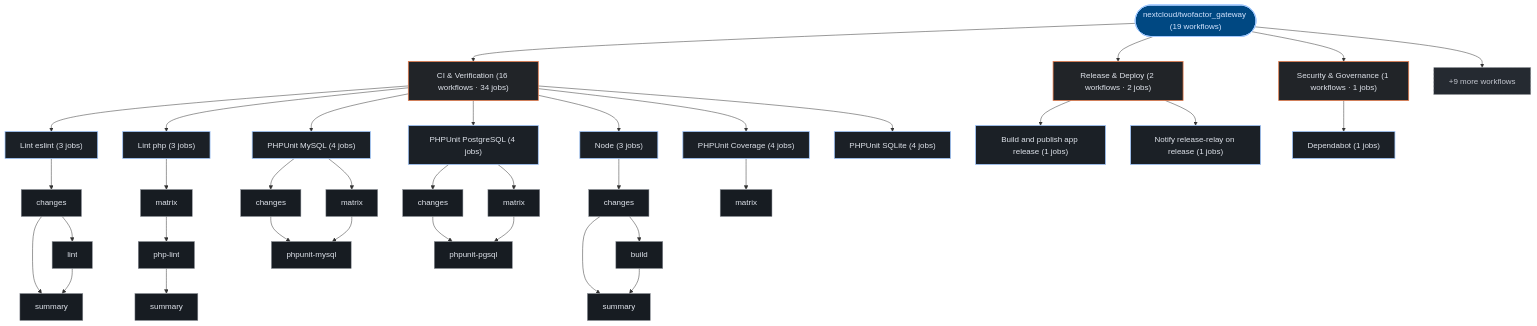
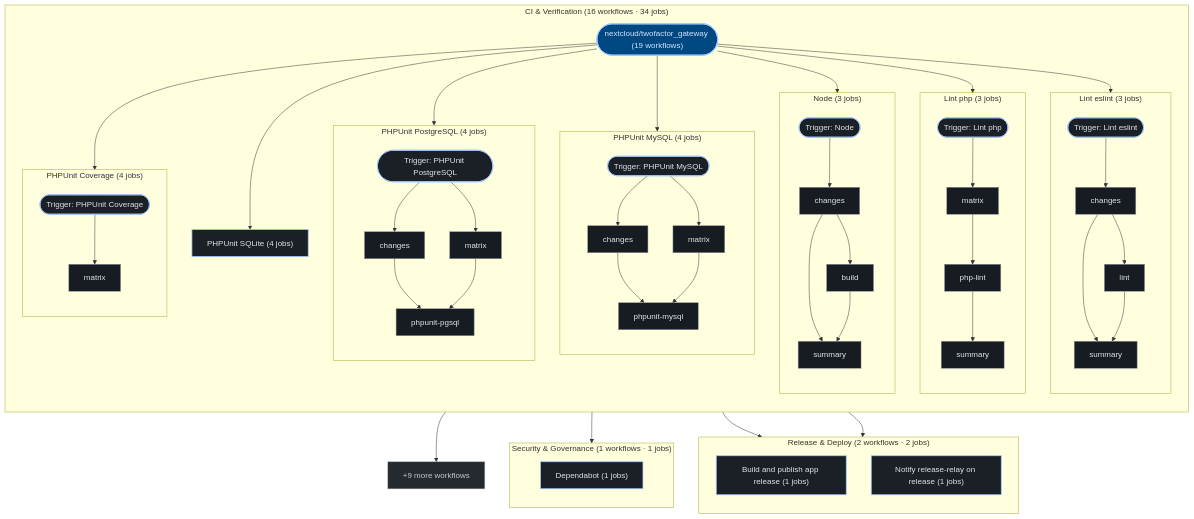
One commit to kumarshaz/atruss-code-atlas changed the second of 2 diagrams in exports/latest/reports/nextcloud-twofactor_gateway-report.md. Above: the diagram before and after it, drawn with Mermaid. The commit also changed 181 other files, not shown here.

````diff
--- a/exports/latest/reports/nextcloud-twofactor_gateway-report.md
+++ b/exports/latest/reports/nextcloud-twofactor_gateway-report.md
@@ -211,68 +211,89 @@
   classDef atlasAlert fill:#93000a,stroke:#ffb4ab,stroke-width:1.5px,color:#ffdad6
   classDef atlasMore fill:#252a31,stroke:#8d9199,stroke-dasharray:4 4,color:#c3c6cf
   pipeline_root(["nextcloud/twofactor_gateway (19 workflows)"]):::atlasRoot
-  grp_0_CI___Verification["CI & Verification (16 workflows · 34 jobs)"]:::atlasCategory
-  pipeline_root --> grp_0_CI___Verification
-  wf_3_Lint_eslint["Lint eslint (3 jobs)"]:::atlasWorkflow
-  grp_0_CI___Verification --> wf_3_Lint_eslint
-  job_3_changes["changes"]:::atlasJob
-  job_3_lint["lint"]:::atlasJob
-  job_3_summary["summary"]:::atlasJob
-  wf_3_Lint_eslint --> job_3_changes
-  job_3_changes --> job_3_lint
-  job_3_changes --> job_3_summary
-  job_3_lint --> job_3_summary
-  wf_6_Lint_php["Lint php (3 jobs)"]:::atlasWorkflow
-  grp_0_CI___Verification --> wf_6_Lint_php
-  job_6_matrix["matrix"]:::atlasJob
-  job_6_php_lint["php-lint"]:::atlasJob
-  job_6_summary["summary"]:::atlasJob
-  wf_6_Lint_php --> job_6_matrix
-  job_6_matrix --> job_6_php_lint
-  job_6_php_lint --> job_6_summary
-  wf_8_Node["Node (3 jobs)"]:::atlasWorkflow
-  grp_0_CI___Verification --> wf_8_Node
-  job_8_changes["changes"]:::atlasJob
-  job_8_build["build"]:::atlasJob
-  job_8_summary["summary"]:::atlasJob
-  wf_8_Node --> job_8_changes
-  job_8_changes --> job_8_build
-  job_8_changes --> job_8_summary
-  job_8_build --> job_8_summary
-  wf_12_PHPUnit_MySQL["PHPUnit MySQL (4 jobs)"]:::atlasWorkflow
-  grp_0_CI___Verification --> wf_12_PHPUnit_MySQL
-  job_12_matrix["matrix"]:::atlasJob
-  job_12_changes["changes"]:::atlasJob
-  job_12_phpunit_mysql["phpunit-mysql"]:::atlasJob
-  wf_12_PHPUnit_MySQL --> job_12_matrix
-  wf_12_PHPUnit_MySQL --> job_12_changes
-  job_12_changes --> job_12_phpunit_mysql
-  job_12_matrix --> job_12_phpunit_mysql
-  wf_13_PHPUnit_PostgreSQL["PHPUnit PostgreSQL (4 jobs)"]:::atlasWorkflow
-  grp_0_CI___Verification --> wf_13_PHPUnit_PostgreSQL
-  job_13_matrix["matrix"]:::atlasJob
-  job_13_changes["changes"]:::atlasJob
-  job_13_phpunit_pgsql["phpunit-pgsql"]:::atlasJob
-  wf_13_PHPUnit_PostgreSQL --> job_13_matrix
-  wf_13_PHPUnit_PostgreSQL --> job_13_changes
-  job_13_changes --> job_13_phpunit_pgsql
-  job_13_matrix --> job_13_phpunit_pgsql
-  wf_14_PHPUnit_Coverage["PHPUnit Coverage (4 jobs)"]:::atlasWorkflow
-  grp_0_CI___Verification --> wf_14_PHPUnit_Coverage
-  job_14_matrix["matrix"]:::atlasJob
-  wf_14_PHPUnit_Coverage --> job_14_matrix
-  wf_15_PHPUnit_SQLite["PHPUnit SQLite (4 jobs)"]:::atlasWorkflow
-  grp_0_CI___Verification --> wf_15_PHPUnit_SQLite
-  grp_1_Release___Deploy["Release & Deploy (2 workflows · 2 jobs)"]:::atlasCategory
-  pipeline_root --> grp_1_Release___Deploy
-  wf_0_Build_and_publish_app_release["Build and publish app release (1 jobs)"]:::atlasWorkflow
-  grp_1_Release___Deploy --> wf_0_Build_and_publish_app_release
-  wf_17_Notify_release_relay_on_release["Notify release-relay on release (1 jobs)"]:::atlasWorkflow
-  grp_1_Release___Deploy --> wf_17_Notify_release_relay_on_release
-  grp_2_Security___Governance["Security & Governance (1 workflows · 1 jobs)"]:::atlasCategory
-  pipeline_root --> grp_2_Security___Governance
-  wf_2_Dependabot["Dependabot (1 jobs)"]:::atlasWorkflow
-  grp_2_Security___Governance --> wf_2_Dependabot
+  subgraph sg_grp_0_CI___Verification["CI & Verification (16 workflows · 34 jobs)"]
+    direction TB
+    subgraph sg_wf_3_Lint_eslint["Lint eslint (3 jobs)"]
+      direction TB
+      wf_3_Lint_eslint(["Trigger: Lint eslint"]):::atlasWorkflow
+      job_3_changes["changes"]:::atlasJob
+      job_3_lint["lint"]:::atlasJob
+      job_3_summary["summary"]:::atlasJob
+      wf_3_Lint_eslint --> job_3_changes
+      job_3_changes --> job_3_lint
+      job_3_changes --> job_3_summary
+      job_3_lint --> job_3_summary
+    end
+    pipeline_root --> wf_3_Lint_eslint
+    subgraph sg_wf_6_Lint_php["Lint php (3 jobs)"]
+      direction TB
+      wf_6_Lint_php(["Trigger: Lint php"]):::atlasWorkflow
+      job_6_matrix["matrix"]:::atlasJob
+      job_6_php_lint["php-lint"]:::atlasJob
+      job_6_summary["summary"]:::atlasJob
+      wf_6_Lint_php --> job_6_matrix
+      job_6_matrix --> job_6_php_lint
+      job_6_php_lint --> job_6_summary
+    end
+    pipeline_root --> wf_6_Lint_php
+    subgraph sg_wf_8_Node["Node (3 jobs)"]
+      direction TB
+      wf_8_Node(["Trigger: Node"]):::atlasWorkflow
+      job_8_changes["changes"]:::atlasJob
+      job_8_build["build"]:::atlasJob
+      job_8_summary["summary"]:::atlasJob
+      wf_8_Node --> job_8_changes
+      job_8_changes --> job_8_build
+      job_8_changes --> job_8_summary
+      job_8_build --> job_8_summary
+    end
+    pipeline_root --> wf_8_Node
+    subgraph sg_wf_12_PHPUnit_MySQL["PHPUnit MySQL (4 jobs)"]
+      direction TB
+      wf_12_PHPUnit_MySQL(["Trigger: PHPUnit MySQL"]):::atlasWorkflow
+      job_12_matrix["matrix"]:::atlasJob
+      job_12_changes["changes"]:::atlasJob
+      job_12_phpunit_mysql["phpunit-mysql"]:::atlasJob
+      wf_12_PHPUnit_MySQL --> job_12_matrix
+      wf_12_PHPUnit_MySQL --> job_12_changes
+      job_12_changes --> job_12_phpunit_mysql
+      job_12_matrix --> job_12_phpunit_mysql
+    end
+    pipeline_root --> wf_12_PHPUnit_MySQL
+    subgraph sg_wf_13_PHPUnit_PostgreSQL["PHPUnit PostgreSQL (4 jobs)"]
+      direction TB
+      wf_13_PHPUnit_PostgreSQL(["Trigger: PHPUnit PostgreSQL"]):::atlasWorkflow
+      job_13_matrix["matrix"]:::atlasJob
+      job_13_changes["changes"]:::atlasJob
+      job_13_phpunit_pgsql["phpunit-pgsql"]:::atlasJob
+      wf_13_PHPUnit_PostgreSQL --> job_13_matrix
+      wf_13_PHPUnit_PostgreSQL --> job_13_changes
+      job_13_changes --> job_13_phpunit_pgsql
+      job_13_matrix --> job_13_phpunit_pgsql
+    end
+    pipeline_root --> wf_13_PHPUnit_PostgreSQL
+    subgraph sg_wf_14_PHPUnit_Coverage["PHPUnit Coverage (4 jobs)"]
+      direction TB
+      wf_14_PHPUnit_Coverage(["Trigger: PHPUnit Coverage"]):::atlasWorkflow
+      job_14_matrix["matrix"]:::atlasJob
+      wf_14_PHPUnit_Coverage --> job_14_matrix
+    end
+    pipeline_root --> wf_14_PHPUnit_Coverage
+    wf_15_PHPUnit_SQLite["PHPUnit SQLite (4 jobs)"]:::atlasWorkflow
+    pipeline_root --> wf_15_PHPUnit_SQLite
+  end
+  subgraph sg_grp_1_Release___Deploy["Release & Deploy (2 workflows · 2 jobs)"]
+    direction TB
+    wf_0_Build_and_publish_app_release["Build and publish app release (1 jobs)"]:::atlasWorkflow
+    pipeline_root --> wf_0_Build_and_publish_app_release
+    wf_17_Notify_release_relay_on_release["Notify release-relay on release (1 jobs)"]:::atlasWorkflow
+    pipeline_root --> wf_17_Notify_release_relay_on_release
+  end
+  subgraph sg_grp_2_Security___Governance["Security & Governance (1 workflows · 1 jobs)"]
+    direction TB
+    wf_2_Dependabot["Dependabot (1 jobs)"]:::atlasWorkflow
+    pipeline_root --> wf_2_Dependabot
+  end
   wf_more["+9 more workflows"]:::atlasMore
   pipeline_root --> wf_more
 ```
````
